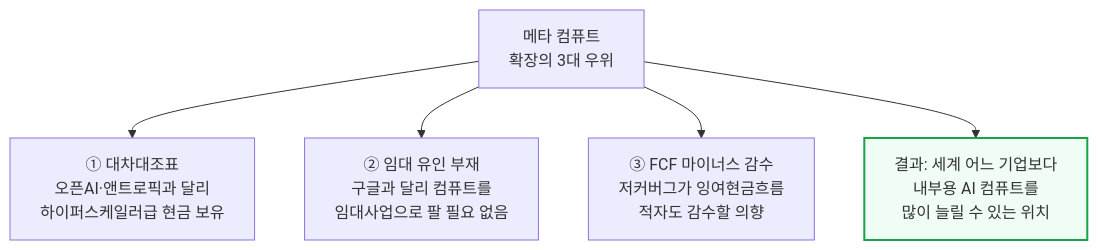
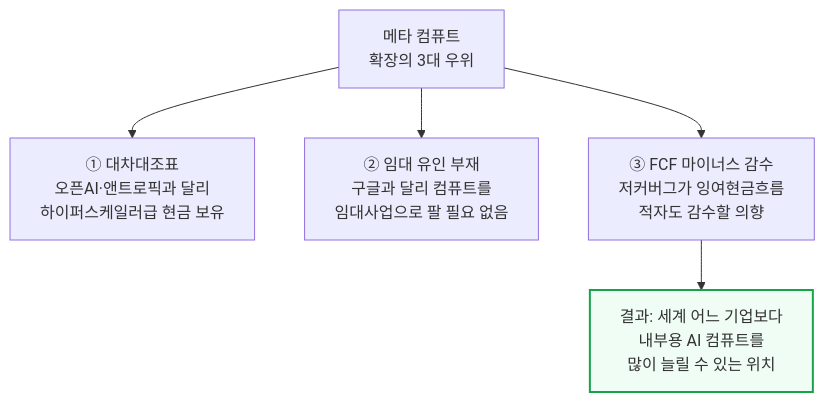
One commit to yohan4477/semi-report changed diagram 15 of 37 in source/newsletter/ai_infra/[260205] 메타 슈퍼인텔리전스의 미래 - 출범 1주년 성과 점검.md. Above: the diagram before and after it, drawn with Mermaid. The commit also changed other lines of this file, not shown here.

Commit message:
Fix diagram width violations and a typo in Meta Superintelligence doc

````diff
--- a/source/newsletter/ai_infra/[260205] 메타 슈퍼인텔리전스의 미래 - 출범 1주년 성과 점검.md
+++ b/source/newsletter/ai_infra/[260205] 메타 슈퍼인텔리전스의 미래 - 출범 1주년 성과 점검.md
@@ -274,8 +274,8 @@
 ```mermaid
 flowchart TD
     Advantage["메타 컴퓨트<br/>확장의 3대 우위"] --> A1["① 대차대조표<br/>오픈AI·앤트로픽과 달리<br/>하이퍼스케일러급 현금 보유"]
     Advantage --> A2["② 임대 유인 부재<br/>구글과 달리 컴퓨트를<br/>임대사업으로 팔 필요 없음"]
     Advantage --> A3["③ FCF 마이너스 감수<br/>저커버그가 잉여현금흐름<br/>적자도 감수할 의향"]
-    Advantage --> Result["결과: 세계 어느 기업보다<br/>내부용 AI 컴퓨트를<br/>많이 늘릴 수 있는 위치"]
+    A3 --> Result["결과: 세계 어느 기업보다<br/>내부용 AI 컴퓨트를<br/>많이 늘릴 수 있는 위치"]
     style Result fill:#f0fdf4,stroke:#16a34a,stroke-width:2px
 ```
````
